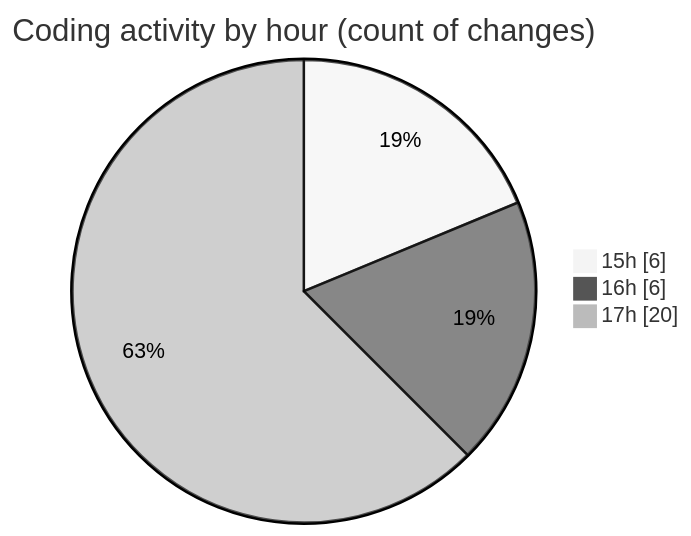
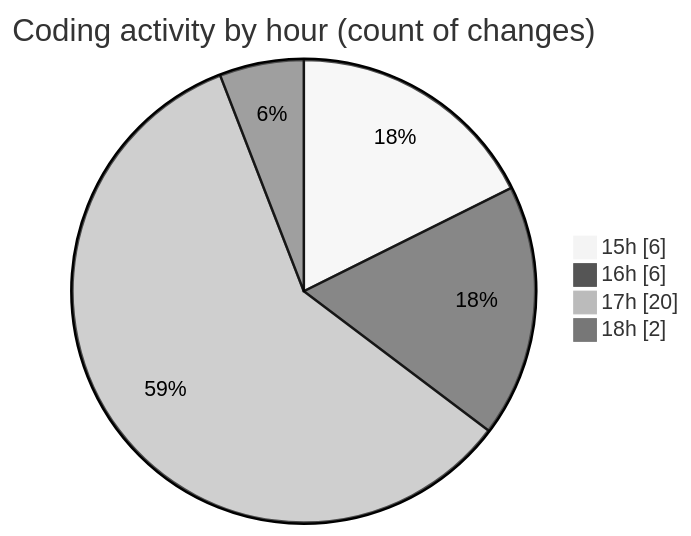
Before and after one commit to momahboobian/code-tracking: the second of 2 diagrams in 2025-03-25/samplepdf/README.md, drawn with Mermaid (neutral theme). The commit also changed other lines of this file and 1 other file, not shown here.

````diff
--- a/2025-03-25/samplepdf/README.md
+++ b/2025-03-25/samplepdf/README.md
@@ -31,7 +32,8 @@
 ```mermaid
 pie showData
 title Coding activity by hour (count of changes)
 "15h" : 6
 "16h" : 6
 "17h" : 20
+"18h" : 2
 ```
````
